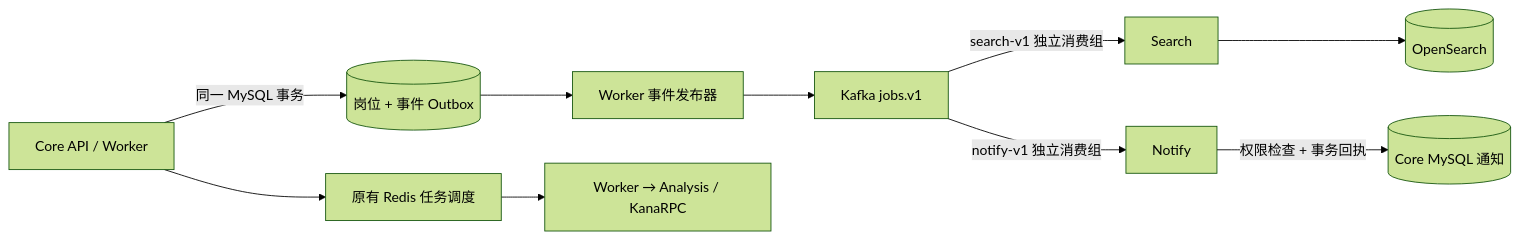
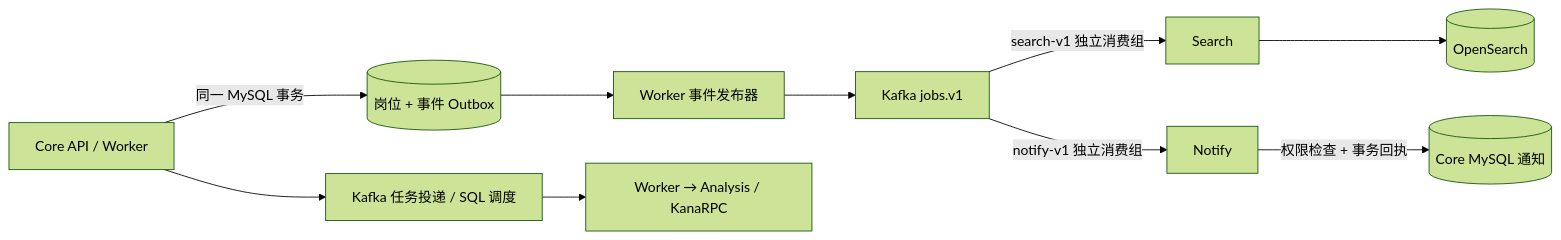
The diagram in docs/job-events.md (KanaDoodle/CampusTrace), drawn with Mermaid (forest theme) before and after one commit. The commit also changed other lines of this file and 90 other files, not shown here.

````diff
--- a/docs/job-events.md
+++ b/docs/job-events.md
@@ -7,12 +7,12 @@
 ```mermaid
 flowchart LR
   API[Core API / Worker] -->|同一 MySQL 事务| DB[(岗位 + 事件 Outbox)]
   DB --> PUB[Worker 事件发布器]
   PUB --> K[Kafka jobs.v1]
   K -->|search-v1 独立消费组| S[Search]
   S --> OS[(OpenSearch)]
   K -->|notify-v1 独立消费组| N[Notify]
   N -->|权限检查 + 事务回执| IN[(Core MySQL 通知)]
-  API --> R[原有 Redis 任务调度]
+  API --> R[Kafka 任务投递 / SQL 调度]
   R --> A[Worker → Analysis / KanaRPC]
 ```
````
